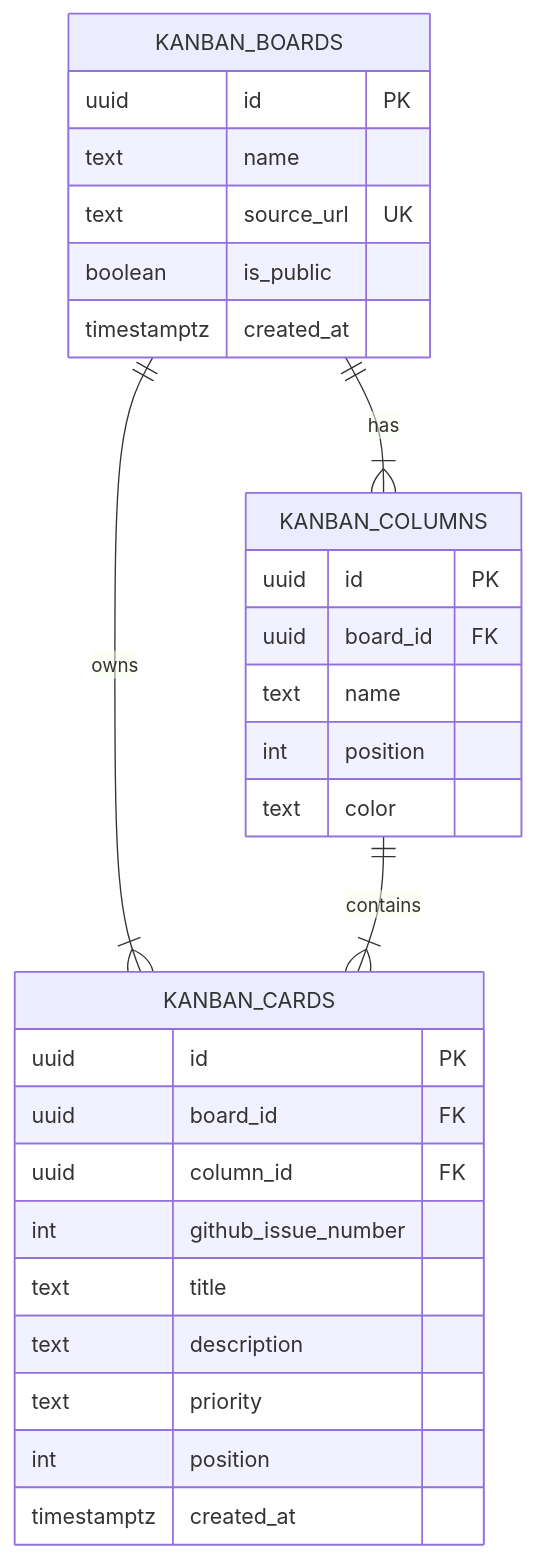
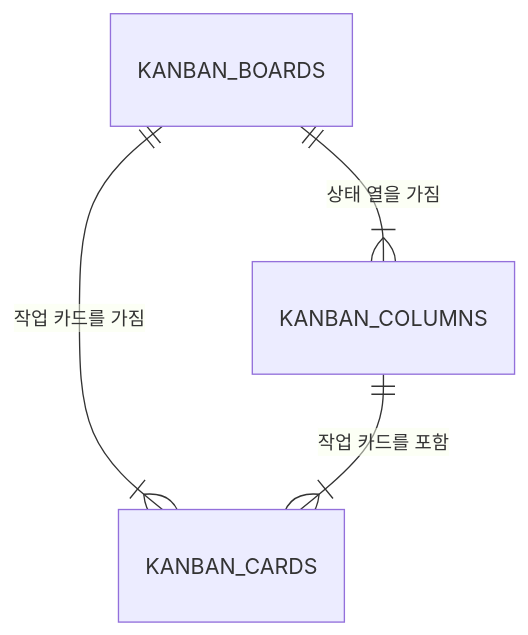
Before and after one commit to W0ongDang/team5-kanban-db: the diagram in README.md, drawn with Mermaid. The commit also changed other lines of this file, not shown here.

````diff
--- a/README.md
+++ b/README.md
@@ -41,32 +38,6 @@
 ```mermaid
 erDiagram
-    KANBAN_BOARDS ||--|{ KANBAN_COLUMNS : "has"
-    KANBAN_BOARDS ||--|{ KANBAN_CARDS : "owns"
-    KANBAN_COLUMNS ||--|{ KANBAN_CARDS : "contains"
-
-    KANBAN_BOARDS {
-        uuid id PK
-        text name
-        text source_url UK
-        boolean is_public
-        timestamptz created_at
-    }
-    KANBAN_COLUMNS {
-        uuid id PK
-        uuid board_id FK
-        text name
-        int position
-        text color
-    }
-    KANBAN_CARDS {
-        uuid id PK
-        uuid board_id FK
-        uuid column_id FK
-        int github_issue_number
-        text title
-        text description
-        text priority
-        int position
-        timestamptz created_at
-    }
+    KANBAN_BOARDS ||--|{ KANBAN_COLUMNS : "상태 열을 가짐"
+    KANBAN_BOARDS ||--|{ KANBAN_CARDS : "작업 카드를 가짐"
+    KANBAN_COLUMNS ||--|{ KANBAN_CARDS : "작업 카드를 포함"
 ```
````
